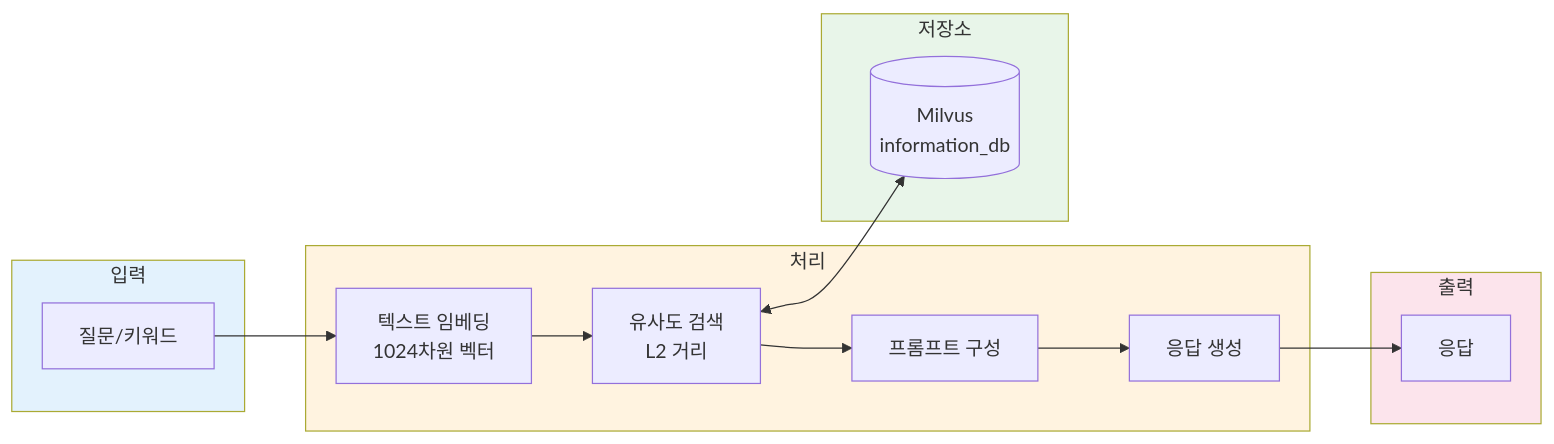
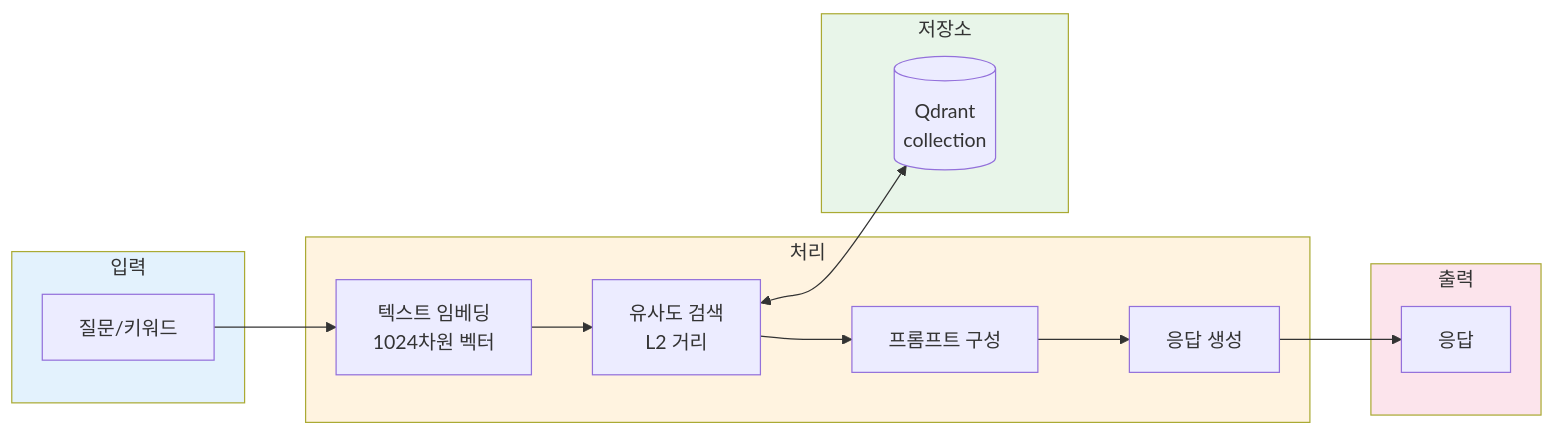
The second of 2 diagrams in assets/diagrams/er_diagram.md (JMTdongsan/AI_router), drawn with Mermaid before and after one commit. The commit also changed other lines of this file and 21 other files, not shown here.

````diff
--- a/assets/diagrams/er_diagram.md
+++ b/assets/diagrams/er_diagram.md
@@ -27,33 +26,33 @@
 ```mermaid
 flowchart LR
     subgraph Input["입력"]
         Q[질문/키워드]
     end
 
     subgraph Processing["처리"]
         EMB[텍스트 임베딩<br/>1024차원 벡터]
         SEARCH[유사도 검색<br/>L2 거리]
         PROMPT[프롬프트 구성]
         GEN[응답 생성]
     end
 
     subgraph Storage["저장소"]
-        MILVUS[(Milvus<br/>information_db)]
+        QDRANT[(Qdrant<br/>collection)]
     end
 
     subgraph Output["출력"]
         ANS[응답]
     end
 
     Q --> EMB
     EMB --> SEARCH
-    SEARCH <--> MILVUS
+    SEARCH <--> QDRANT
     SEARCH --> PROMPT
     PROMPT --> GEN
     GEN --> ANS
 
     style Input fill:#E3F2FD
     style Processing fill:#FFF3E0
     style Storage fill:#E8F5E9
     style Output fill:#FCE4EC
 ```
````
